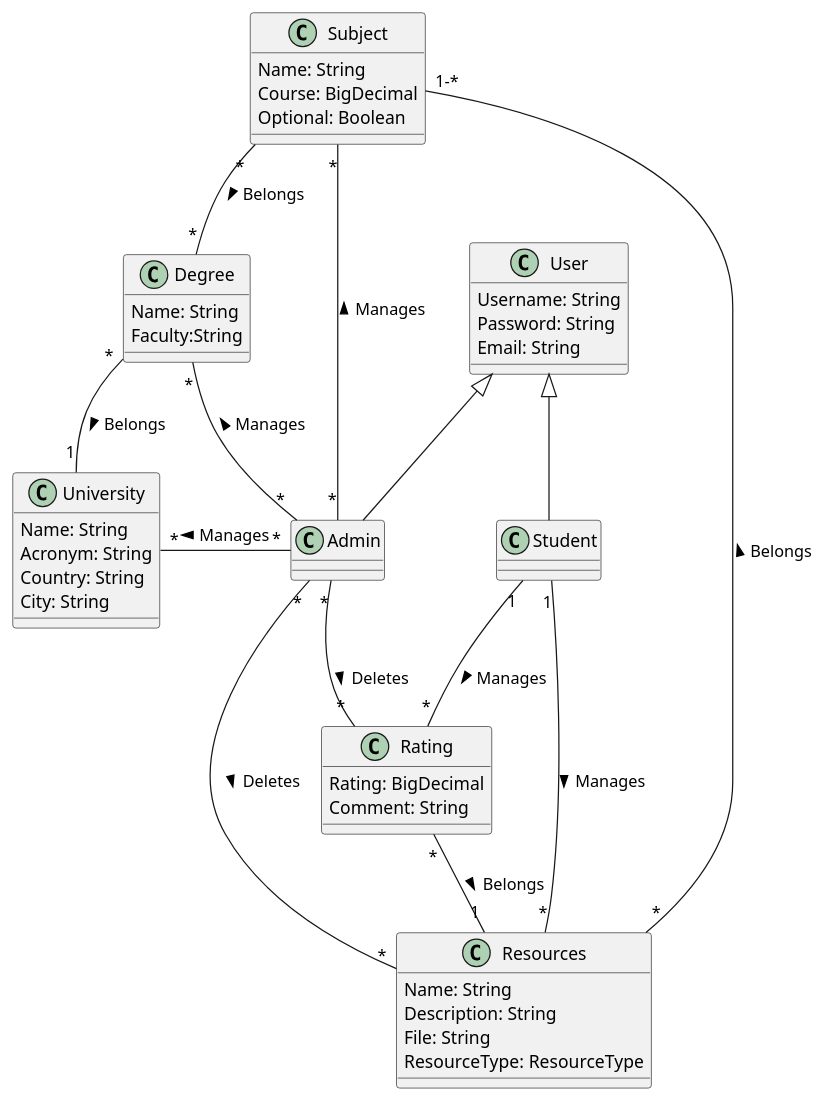
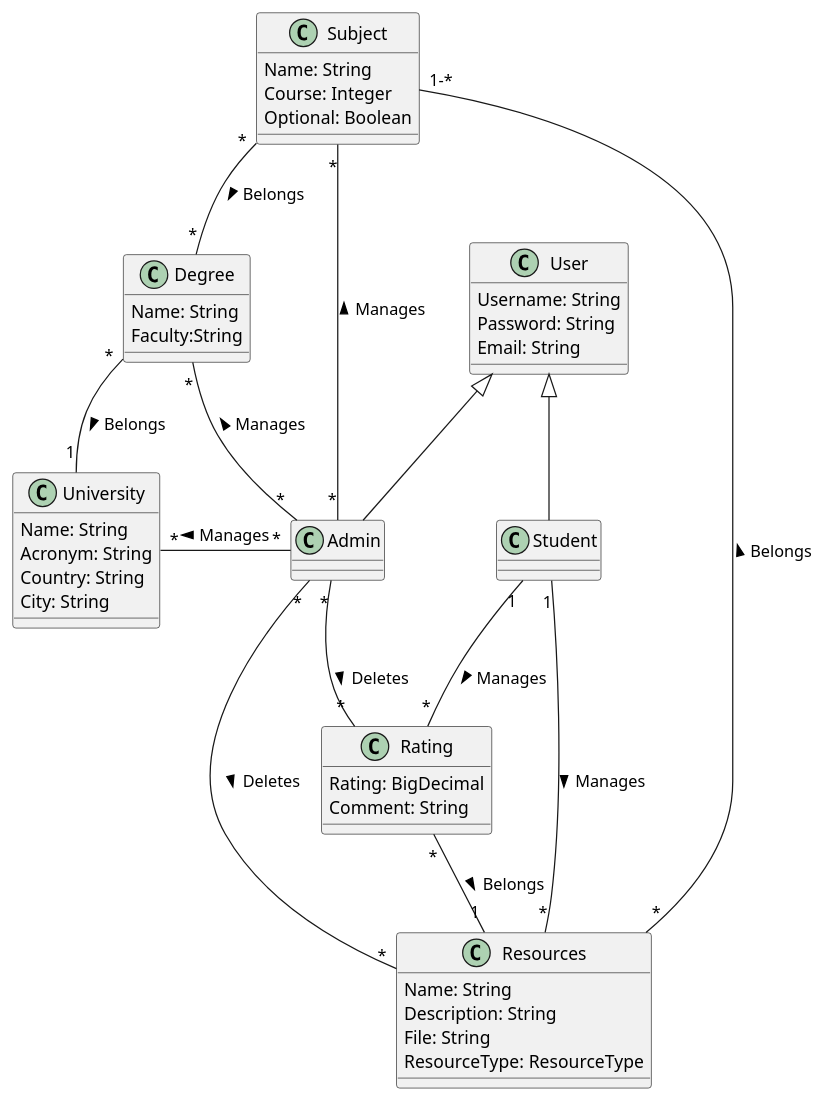
Before and after one commit to UdL-EPS-SoftArch/UniCloud-API: the diagram in EntitiesModel.puml, drawn with PlantUML. The commit also changed 4 other files, not shown here.

```diff
--- a/EntitiesModel.puml
+++ b/EntitiesModel.puml
@@ -1,56 +1,56 @@
 @startuml
 class User{
     Username: String
     Password: String
     Email: String
 }
 
 class Admin extends User{
 }
 
 class Student extends User{
 }
 
 class University{
     Name: String
     Acronym: String
     Country: String
     City: String
 }
 
 class Degree{
     Name: String
     Faculty:String
 }
 
 class Subject{
     Name: String
-    Course: BigDecimal
+    Course: Integer
     Optional: Boolean
 }
 
 class Resources{
     Name: String
     Description: String
     File: String
     ResourceType: ResourceType
 }
 
 class Rating{
     Rating: BigDecimal
     Comment: String
 }
 
 
 Student "1" -- "*" Resources: Manages >
 Student "1" -- "*" Rating: Manages >
 Admin "*" --left-- "*" University: Manages >
 Admin "*" --left-- "*" Degree: Manages >
 Admin "*" --left-- "*" Subject: Manages >
 Admin "*" -- "*" Resources: Deletes >
 Admin "*" -- "*" Rating: Deletes >
 Rating "*" -- "1" Resources: Belongs >
 Resources "*" -- "1-*" Subject: Belongs >
 Subject "*" -- "*" Degree: Belongs >
 Degree "*" -- "1" University: Belongs >
 @enduml
```
